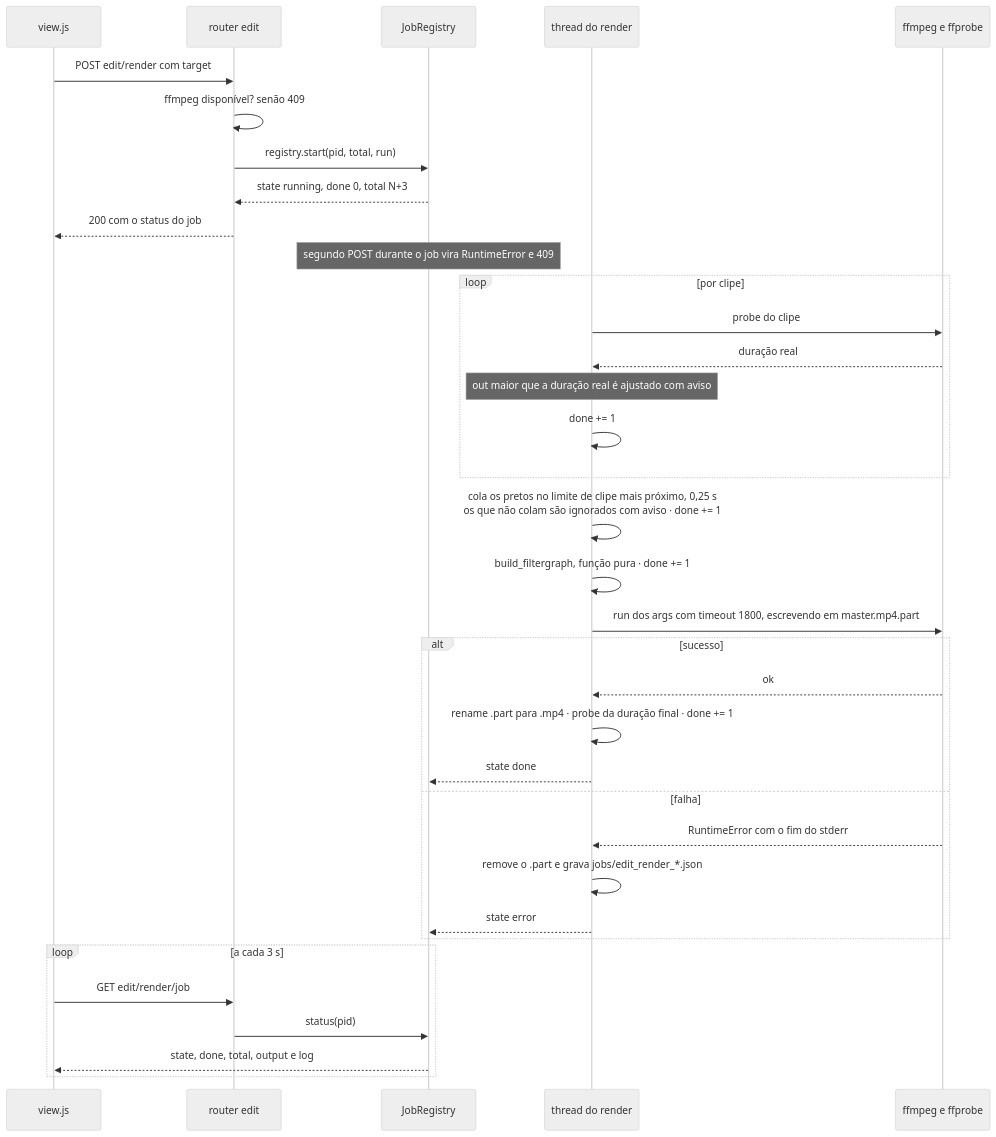
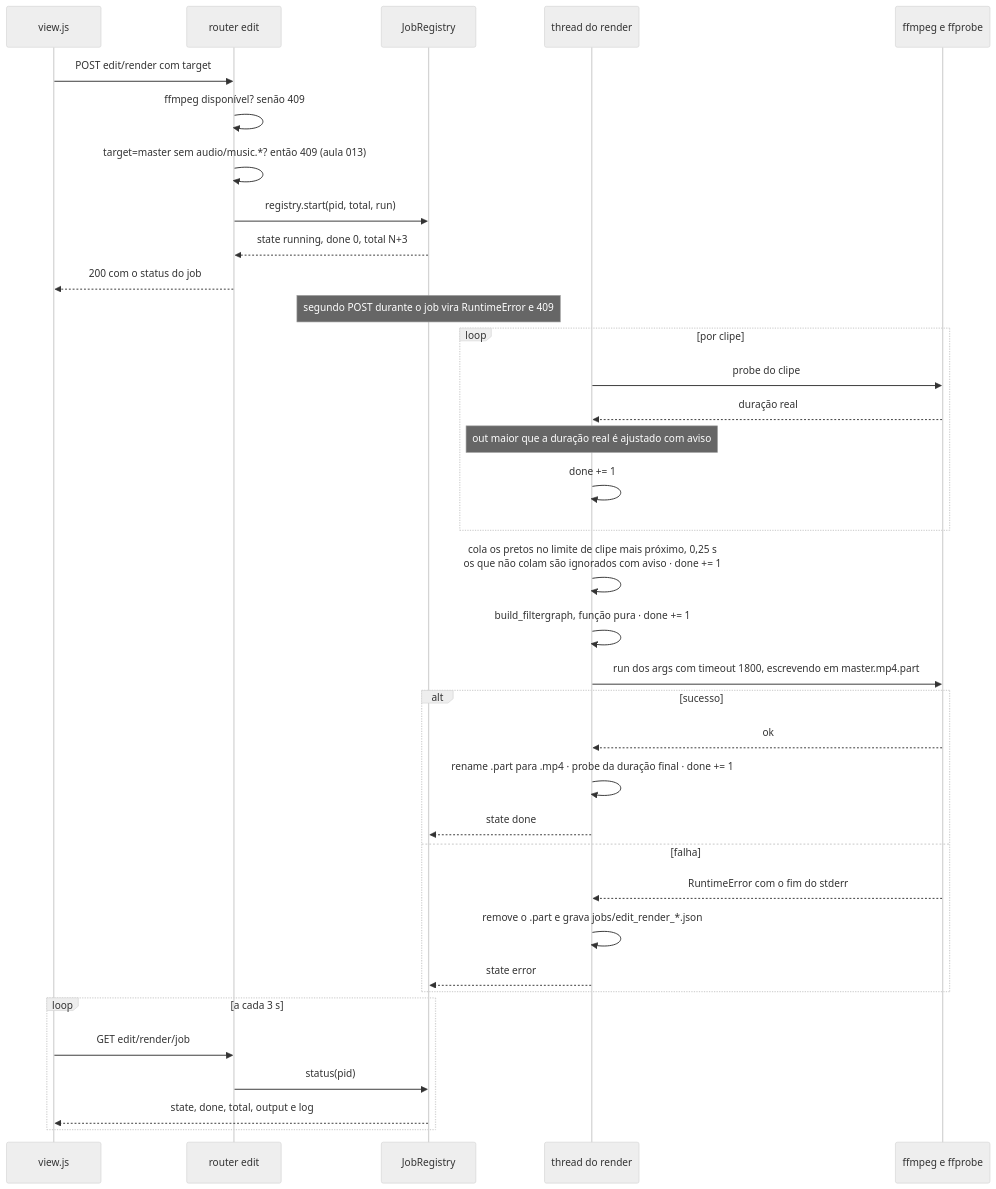
One commit to Arthur-Diego/orquestrador-studio changed the second of 3 diagrams in docs/domains/edit/diagrams/mermaid/edit-fluxo.md. Above: the diagram before and after it, drawn with Mermaid (neutral theme). The commit also changed other lines of this file and 10 other files, not shown here.

First line of the commit message:
[OS-018] Docs das etapas 7 e 8: ADR-011, FDDs, diagramas e coleções Postman

````diff
--- a/docs/domains/edit/diagrams/mermaid/edit-fluxo.md
+++ b/docs/domains/edit/diagrams/mermaid/edit-fluxo.md
@@ -45,40 +47,41 @@
 ```mermaid
 sequenceDiagram
     participant UI as view.js
     participant R as router edit
     participant J as JobRegistry
     participant T as thread do render
     participant F as ffmpeg e ffprobe
 
     UI->>R: POST edit/render com target
     R->>R: ffmpeg disponível? senão 409
+    R->>R: target=master sem audio/music.*? então 409 (aula 013)
     R->>J: registry.start(pid, total, run)
     J-->>R: state running, done 0, total N+3
     R-->>UI: 200 com o status do job
     Note over J: segundo POST durante o job vira RuntimeError e 409
 
     loop por clipe
         T->>F: probe do clipe
         F-->>T: duração real
         Note over T: out maior que a duração real é ajustado com aviso
         T->>T: done += 1
     end
     T->>T: cola os pretos no limite de clipe mais próximo, 0,25 s<br/>os que não colam são ignorados com aviso · done += 1
     T->>T: build_filtergraph, função pura · done += 1
     T->>F: run dos args com timeout 1800, escrevendo em master.mp4.part
     alt sucesso
         F-->>T: ok
         T->>T: rename .part para .mp4 · probe da duração final · done += 1
         T-->>J: state done
     else falha
         F-->>T: RuntimeError com o fim do stderr
         T->>T: remove o .part e grava jobs/edit_render_*.json
         T-->>J: state error
     end
 
     loop a cada 3 s
         UI->>R: GET edit/render/job
         R->>J: status(pid)
         J-->>UI: state, done, total, output e log
     end
 ```
````
